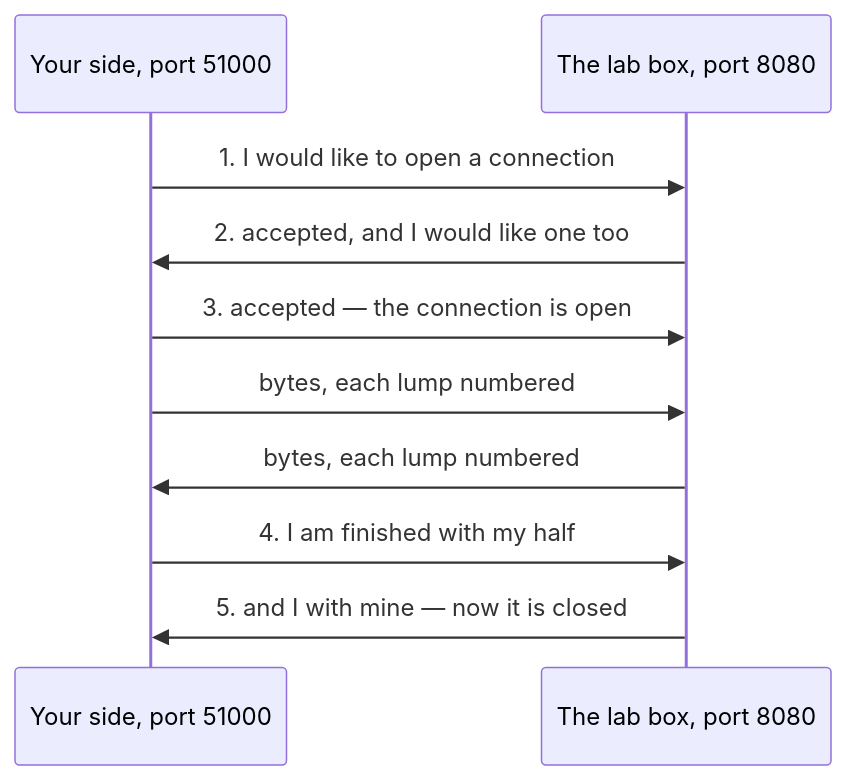
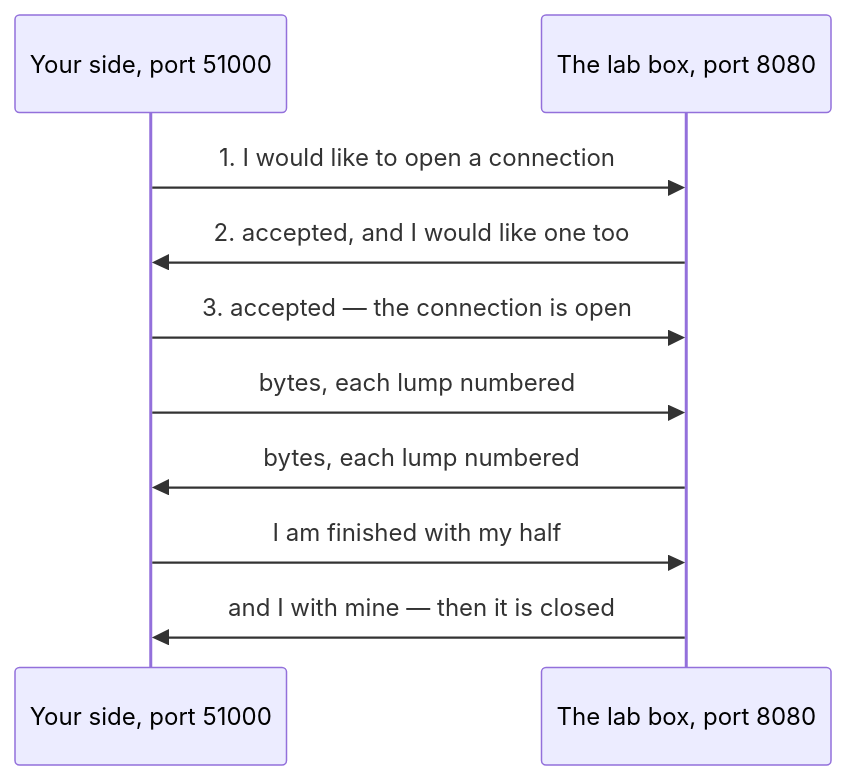
Before and after one commit to duyan11110/lo-trinh-architect: the diagram in content/tracks/foundation/network/foundation.l1.tcp-vs-udp.en.md, drawn with Mermaid. The commit also changed other lines of this file and 314 other files, not shown here.

````diff
--- a/content/tracks/foundation/network/foundation.l1.tcp-vs-udp.en.md
+++ b/content/tracks/foundation/network/foundation.l1.tcp-vs-udp.en.md
@@ -41,12 +41,12 @@
 ```mermaid
 sequenceDiagram
   participant C as Your side, port 51000
   participant S as The lab box, port 8080
   C->>S: 1. I would like to open a connection
   S->>C: 2. accepted, and I would like one too
   C->>S: 3. accepted — the connection is open
   C->>S: bytes, each lump numbered
   S->>C: bytes, each lump numbered
-  C->>S: 4. I am finished with my half
-  S->>C: 5. and I with mine — now it is closed
+  C->>S: I am finished with my half
+  S->>C: and I with mine — then it is closed
 ```
````
